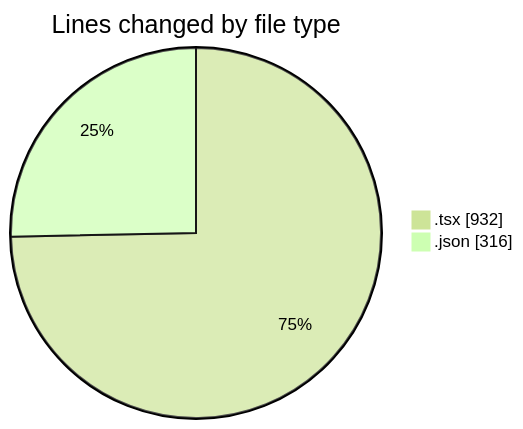
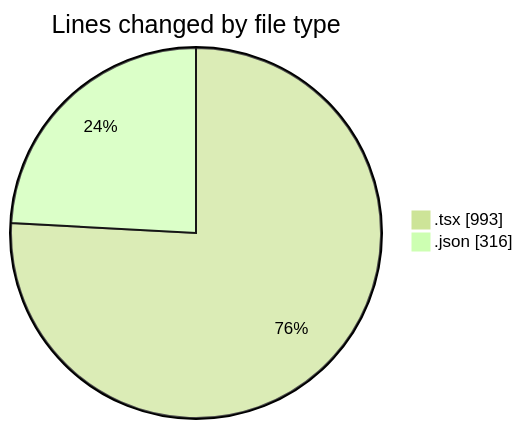
Before and after one commit to EIIisD/code-tracking: the first of 2 diagrams in 2025-08-13/ribbon/README.md, drawn with Mermaid (forest theme). The commit also changed other lines of this file and 1 other file, not shown here.

````diff
--- a/2025-08-13/ribbon/README.md
+++ b/2025-08-13/ribbon/README.md
@@ -26,6 +26,6 @@
 ```mermaid
 pie showData
 title Lines changed by file type
-".tsx" : 932
+".tsx" : 993
 ".json" : 316
 ```
````
